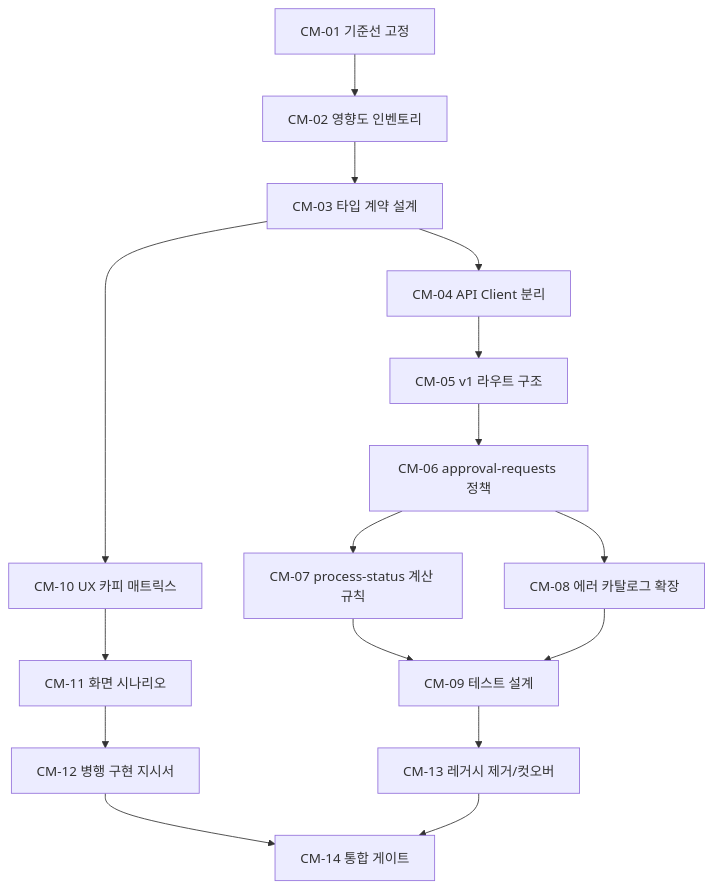
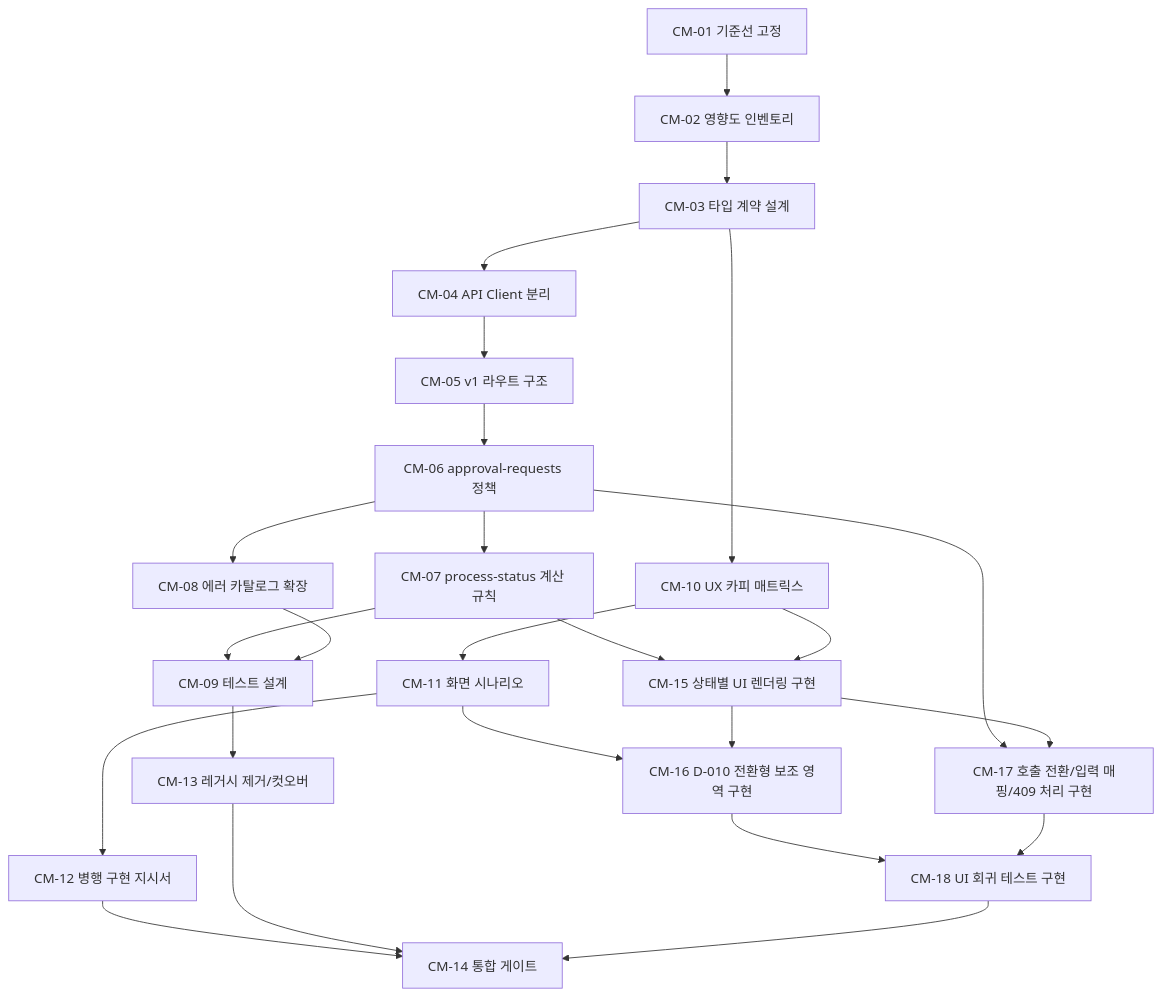
Before and after one commit to bluefa/pii-agent-demo: the diagram in docs/swagger/CONFIRM_MIGRATION_TASKS.md, drawn with Mermaid. The commit also changed other lines of this file, not shown here.

````diff
--- a/docs/swagger/CONFIRM_MIGRATION_TASKS.md
+++ b/docs/swagger/CONFIRM_MIGRATION_TASKS.md
@@ -32,18 +36,27 @@
 ```mermaid
 graph TD
   CM01["CM-01 기준선 고정"] --> CM02["CM-02 영향도 인벤토리"]
   CM02 --> CM03["CM-03 타입 계약 설계"]
   CM03 --> CM04["CM-04 API Client 분리"]
   CM04 --> CM05["CM-05 v1 라우트 구조"]
   CM05 --> CM06["CM-06 approval-requests 정책"]
   CM06 --> CM07["CM-07 process-status 계산 규칙"]
   CM06 --> CM08["CM-08 에러 카탈로그 확장"]
   CM07 --> CM09["CM-09 테스트 설계"]
   CM08 --> CM09
-  CM09 --> CM13["CM-13 레거시 제거/컷오버"]
   CM03 --> CM10["CM-10 UX 카피 매트릭스"]
   CM10 --> CM11["CM-11 화면 시나리오"]
   CM11 --> CM12["CM-12 병행 구현 지시서"]
+  CM07 --> CM15["CM-15 상태별 UI 렌더링 구현"]
+  CM10 --> CM15
+  CM11 --> CM16["CM-16 D-010 전환형 보조 영역 구현"]
+  CM15 --> CM16
+  CM06 --> CM17["CM-17 호출 전환/입력 매핑/409 처리 구현"]
+  CM15 --> CM17
+  CM16 --> CM18["CM-18 UI 회귀 테스트 구현"]
+  CM17 --> CM18
+  CM09 --> CM13["CM-13 레거시 제거/컷오버"]
   CM12 --> CM14["CM-14 통합 게이트"]
   CM13 --> CM14
+  CM18 --> CM14
 ```
````
